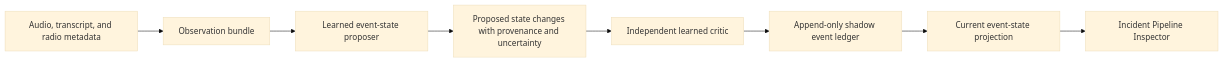
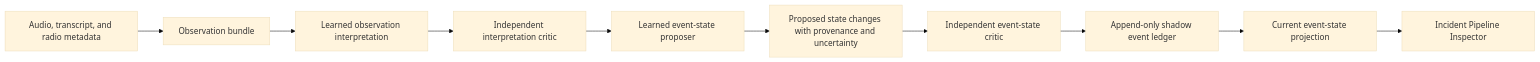
One commit to lilhoser/pizzawave changed the diagram in docs/incident-pipeline-blank-slate-architecture.md. Above: the diagram before and after it, drawn with Mermaid (base theme). The commit also changed other lines of this file and 4 other files, not shown here.

Commit message:
Add observation interpretation boundary

````diff
--- a/docs/incident-pipeline-blank-slate-architecture.md
+++ b/docs/incident-pipeline-blank-slate-architecture.md
@@ -123,10 +123,12 @@
 ```mermaid
 flowchart LR
     A["Audio, transcript, and radio metadata"] --> B["Observation bundle"]
-    B --> C["Learned event-state proposer"]
-    C --> D["Proposed state changes with provenance and uncertainty"]
-    D --> E["Independent learned critic"]
-    E --> F["Append-only shadow event ledger"]
-    F --> G["Current event-state projection"]
-    G --> H["Incident Pipeline Inspector"]
+    B --> C["Learned observation interpretation"]
+    C --> D["Independent interpretation critic"]
+    D --> E["Learned event-state proposer"]
+    E --> F["Proposed state changes with provenance and uncertainty"]
+    F --> G["Independent event-state critic"]
+    G --> H["Append-only shadow event ledger"]
+    H --> I["Current event-state projection"]
+    I --> J["Incident Pipeline Inspector"]
 ```
````
